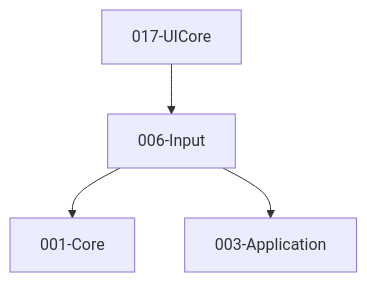
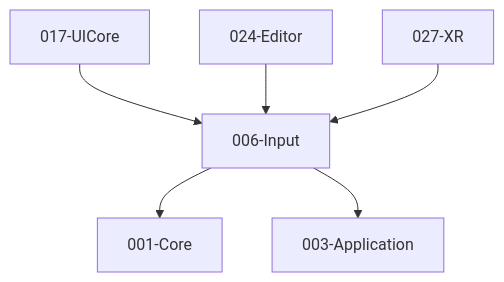
The first of 2 diagrams in docs/module-specs/006-input.md (liangz0707/TenEngine), drawn with Mermaid before and after one commit. The commit also changed other lines of this file and 14 other files, not shown here.

````diff
--- a/docs/module-specs/006-input.md
+++ b/docs/module-specs/006-input.md
@@ -65,10 +36,15 @@
 ```mermaid
 flowchart TB
   Core[001-Core]
-  App[003-Application]
+  Application[003-Application]
   Input[006-Input]
   UICore[017-UICore]
+  Editor[024-Editor]
+  XR[027-XR]
+  
   Input --> Core
-  Input --> App
+  Input --> Application
   UICore --> Input
+  Editor --> Input
+  XR --> Input
 ```
````
